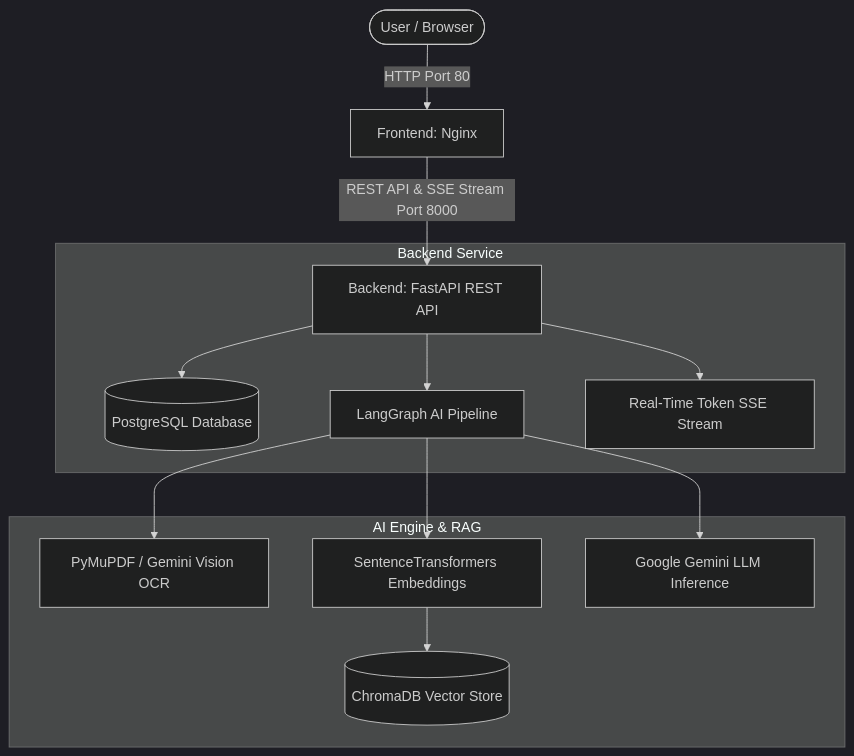
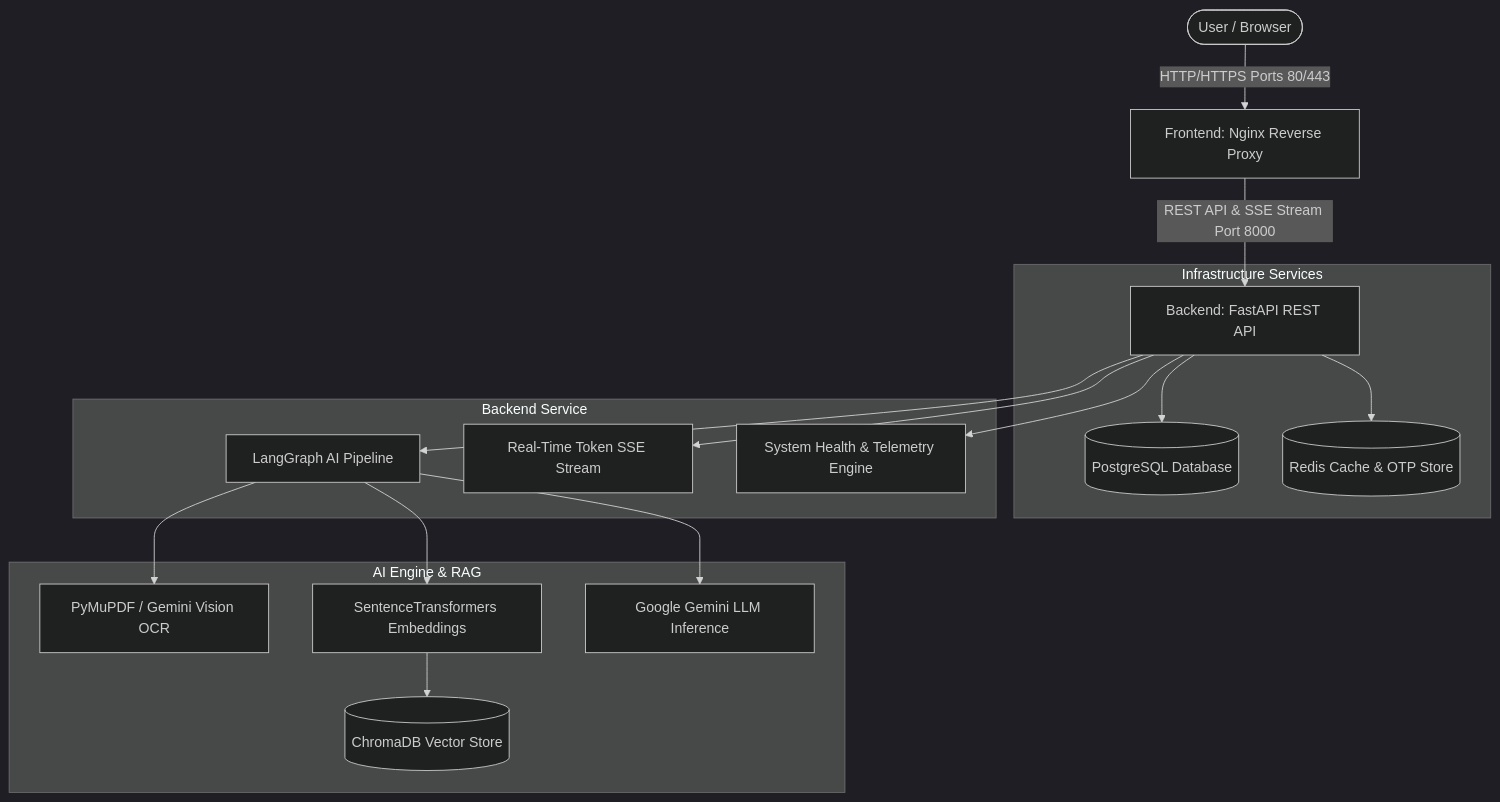
The diagram in README.md (parth123965-wq/AI-Contract-Reviewer), drawn with Mermaid (dark theme) before and after one commit. The commit also changed other lines of this file and 2 other files, not shown here.

````diff
--- a/README.md
+++ b/README.md
@@ -49,18 +58,23 @@
 ```mermaid
 graph TD
-    User([User / Browser]) -->|HTTP Port 80| Frontend[Frontend: Nginx]
+    User([User / Browser]) -->|HTTP/HTTPS Ports 80/443| Frontend[Frontend: Nginx Reverse Proxy]
     Frontend -->|REST API & SSE Stream Port 8000| Backend[Backend: FastAPI REST API]
     
+    subgraph Infrastructure Services
+        Backend --> DB[(PostgreSQL Database)]
+        Backend --> Redis[(Redis Cache & OTP Store)]
+    end
+
     subgraph Backend Service
-        Backend --> DB[(PostgreSQL Database)]
         Backend --> LangGraph[LangGraph AI Pipeline]
         Backend --> SSE[Real-Time Token SSE Stream]
+        Backend --> Telemetry[System Health & Telemetry Engine]
     end
     
     subgraph AI Engine & RAG
         LangGraph --> Extractor[PyMuPDF / Gemini Vision OCR]
         LangGraph --> Embeddings[SentenceTransformers Embeddings]
         Embeddings --> Chroma[(ChromaDB Vector Store)]
         LangGraph --> Gemini[Google Gemini LLM Inference]
     end
 ```
````
